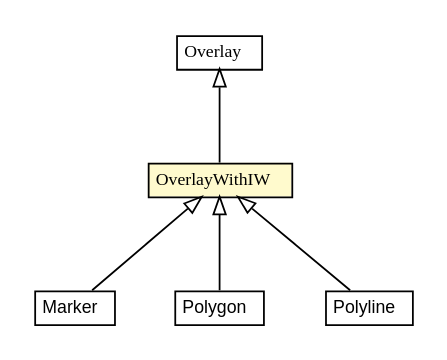
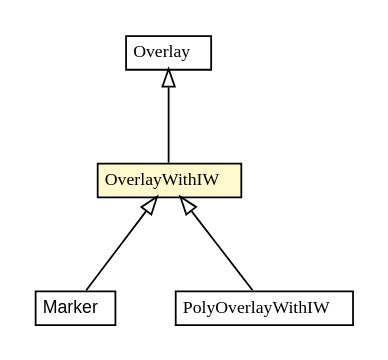
Before and after one commit to osmdroid/osmdroid: the diagram in javadocAll/org/osmdroid/views/overlay/OverlayWithIW.dot, drawn with Graphviz. The commit also changed 4524 other files, not shown here.

```diff
--- a/javadocAll/org/osmdroid/views/overlay/OverlayWithIW.dot
+++ b/javadocAll/org/osmdroid/views/overlay/OverlayWithIW.dot
@@ -1,50 +1,42 @@
 #!/usr/local/bin/dot
 #
 # Class diagram 
 # Generated by UMLGraph version R5_6-24-gf6e263 (http://www.umlgraph.org/)
 #
 
 digraph G {
 	edge [fontname="arial",fontsize=10,labelfontname="arial",labelfontsize=10];
 	node [fontname="arial",fontsize=10,shape=plaintext];
 	nodesep=0.25;
 	ranksep=0.5;
 	// org.osmdroid.views.overlay.Marker
-	c221470 [label=<<table title="org.osmdroid.views.overlay.Marker" border="0" cellborder="1" cellspacing="0" cellpadding="2" port="p" href="./Marker.html">
+	c229458 [label=<<table title="org.osmdroid.views.overlay.Marker" border="0" cellborder="1" cellspacing="0" cellpadding="2" port="p" href="./Marker.html">
 		<tr><td><table border="0" cellspacing="0" cellpadding="1">
 <tr><td align="center" balign="center"> Marker </td></tr>
 		</table></td></tr>
 		</table>>, URL="./Marker.html", fontname="arial", fontcolor="black", fontsize=10.0];
 	// org.osmdroid.views.overlay.Overlay
-	c221493 [label=<<table title="org.osmdroid.views.overlay.Overlay" border="0" cellborder="1" cellspacing="0" cellpadding="2" port="p" href="./Overlay.html">
+	c229481 [label=<<table title="org.osmdroid.views.overlay.Overlay" border="0" cellborder="1" cellspacing="0" cellpadding="2" port="p" href="./Overlay.html">
 		<tr><td><table border="0" cellspacing="0" cellpadding="1">
 <tr><td align="center" balign="center"><font face="arial italic"> Overlay </font></td></tr>
 		</table></td></tr>
 		</table>>, URL="./Overlay.html", fontname="arial", fontcolor="black", fontsize=10.0];
 	// org.osmdroid.views.overlay.OverlayWithIW
-	c221499 [label=<<table title="org.osmdroid.views.overlay.OverlayWithIW" border="0" cellborder="1" cellspacing="0" cellpadding="2" port="p" bgcolor="lemonChiffon" href="./OverlayWithIW.html">
+	c229487 [label=<<table title="org.osmdroid.views.overlay.OverlayWithIW" border="0" cellborder="1" cellspacing="0" cellpadding="2" port="p" bgcolor="lemonChiffon" href="./OverlayWithIW.html">
 		<tr><td><table border="0" cellspacing="0" cellpadding="1">
 <tr><td align="center" balign="center"><font face="arial italic"> OverlayWithIW </font></td></tr>
 		</table></td></tr>
 		</table>>, URL="./OverlayWithIW.html", fontname="arial", fontcolor="black", fontsize=10.0];
-	// org.osmdroid.views.overlay.Polygon
-	c221501 [label=<<table title="org.osmdroid.views.overlay.Polygon" border="0" cellborder="1" cellspacing="0" cellpadding="2" port="p" href="./Polygon.html">
+	// org.osmdroid.views.overlay.PolyOverlayWithIW
+	c229493 [label=<<table title="org.osmdroid.views.overlay.PolyOverlayWithIW" border="0" cellborder="1" cellspacing="0" cellpadding="2" port="p" href="./PolyOverlayWithIW.html">
 		<tr><td><table border="0" cellspacing="0" cellpadding="1">
-<tr><td align="center" balign="center"> Polygon </td></tr>
+<tr><td align="center" balign="center"><font face="arial italic"> PolyOverlayWithIW </font></td></tr>
 		</table></td></tr>
-		</table>>, URL="./Polygon.html", fontname="arial", fontcolor="black", fontsize=10.0];
-	// org.osmdroid.views.overlay.Polyline
-	c221503 [label=<<table title="org.osmdroid.views.overlay.Polyline" border="0" cellborder="1" cellspacing="0" cellpadding="2" port="p" href="./Polyline.html">
-		<tr><td><table border="0" cellspacing="0" cellpadding="1">
-<tr><td align="center" balign="center"> Polyline </td></tr>
-		</table></td></tr>
-		</table>>, URL="./Polyline.html", fontname="arial", fontcolor="black", fontsize=10.0];
+		</table>>, URL="./PolyOverlayWithIW.html", fontname="arial", fontcolor="black", fontsize=10.0];
 	//org.osmdroid.views.overlay.Marker extends org.osmdroid.views.overlay.OverlayWithIW
-	c221499:p -> c221470:p [dir=back,arrowtail=empty];
+	c229487:p -> c229458:p [dir=back,arrowtail=empty];
 	//org.osmdroid.views.overlay.OverlayWithIW extends org.osmdroid.views.overlay.Overlay
-	c221493:p -> c221499:p [dir=back,arrowtail=empty];
-	//org.osmdroid.views.overlay.Polygon extends org.osmdroid.views.overlay.OverlayWithIW
-	c221499:p -> c221501:p [dir=back,arrowtail=empty];
-	//org.osmdroid.views.overlay.Polyline extends org.osmdroid.views.overlay.OverlayWithIW
-	c221499:p -> c221503:p [dir=back,arrowtail=empty];
+	c229481:p -> c229487:p [dir=back,arrowtail=empty];
+	//org.osmdroid.views.overlay.PolyOverlayWithIW extends org.osmdroid.views.overlay.OverlayWithIW
+	c229487:p -> c229493:p [dir=back,arrowtail=empty];
 }
```
